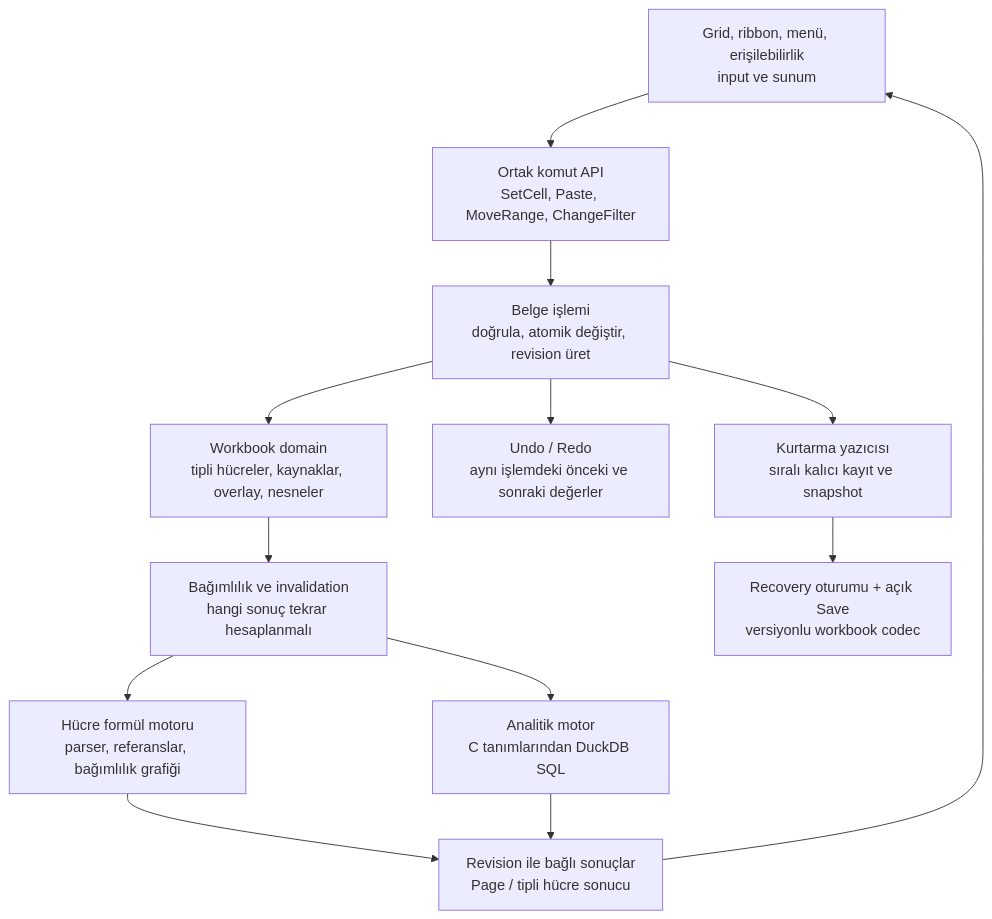
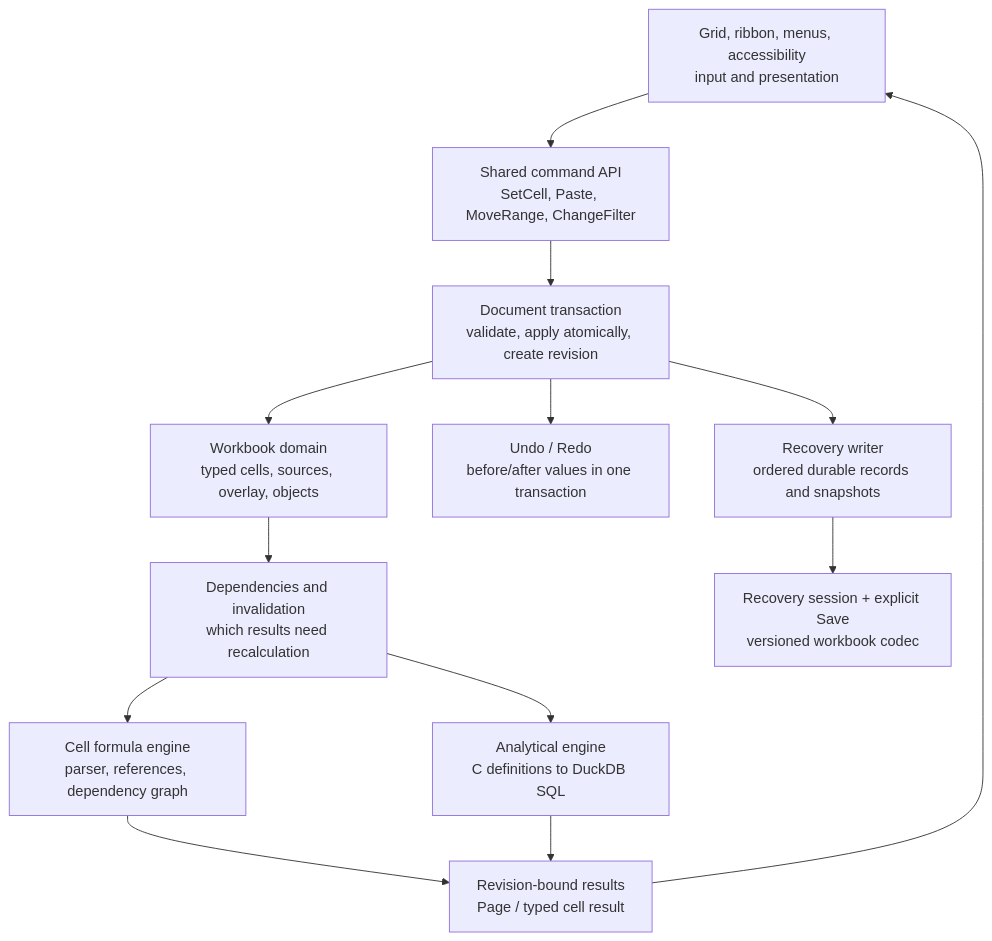
The second of 4 diagrams in docs/ARCHITECTURE.md (batu-bulgur/duxcel), drawn with Mermaid before and after one commit. The commit also changed other lines of this file and 7 other files, not shown here.

````diff
--- a/docs/ARCHITECTURE.md
+++ b/docs/ARCHITECTURE.md
@@ -146,15 +146,15 @@
 ```mermaid
 flowchart TD
-    UI["Grid, ribbon, menü, erişilebilirlik<br/>input ve sunum"] --> Intent["Ortak komut API<br/>SetCell, Paste, MoveRange, ChangeFilter"]
-    Intent --> Commit["Belge işlemi<br/>doğrula, atomik değiştir, revision üret"]
-    Commit --> Model["Workbook domain<br/>tipli hücreler, kaynaklar, overlay, nesneler"]
-    Commit --> History["Undo / Redo<br/>aynı işlemdeki önceki ve sonraki değerler"]
-    Commit --> Recovery["Kurtarma yazıcısı<br/>sıralı kalıcı kayıt ve snapshot"]
-    Model --> Schedule["Bağımlılık ve invalidation<br/>hangi sonuç tekrar hesaplanmalı"]
-    Schedule --> Formula["Hücre formül motoru<br/>parser, referanslar, bağımlılık grafiği"]
-    Schedule --> Relational["Analitik motor<br/>C tanımlarından DuckDB SQL"]
-    Formula --> Results["Revision ile bağlı sonuçlar<br/>Page / tipli hücre sonucu"]
+    UI["Grid, ribbon, menus, accessibility<br/>input and presentation"] --> Intent["Shared command API<br/>SetCell, Paste, MoveRange, ChangeFilter"]
+    Intent --> Commit["Document transaction<br/>validate, apply atomically, create revision"]
+    Commit --> Model["Workbook domain<br/>typed cells, sources, overlay, objects"]
+    Commit --> History["Undo / Redo<br/>before/after values in one transaction"]
+    Commit --> Recovery["Recovery writer<br/>ordered durable records and snapshots"]
+    Model --> Schedule["Dependencies and invalidation<br/>which results need recalculation"]
+    Schedule --> Formula["Cell formula engine<br/>parser, references, dependency graph"]
+    Schedule --> Relational["Analytical engine<br/>C definitions to DuckDB SQL"]
+    Formula --> Results["Revision-bound results<br/>Page / typed cell result"]
     Relational --> Results
     Results --> UI
-    Recovery --> Files["Recovery oturumu + açık Save<br/>versiyonlu workbook codec"]
+    Recovery --> Files["Recovery session + explicit Save<br/>versioned workbook codec"]
 ```
````
